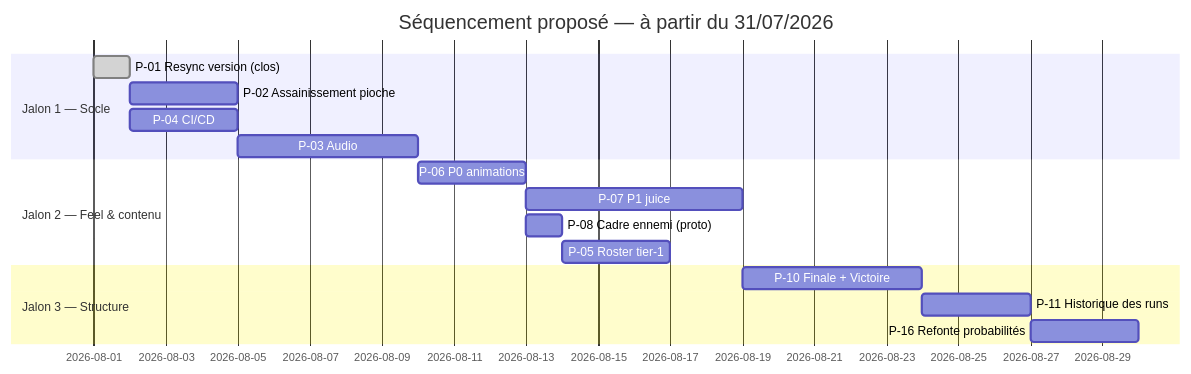
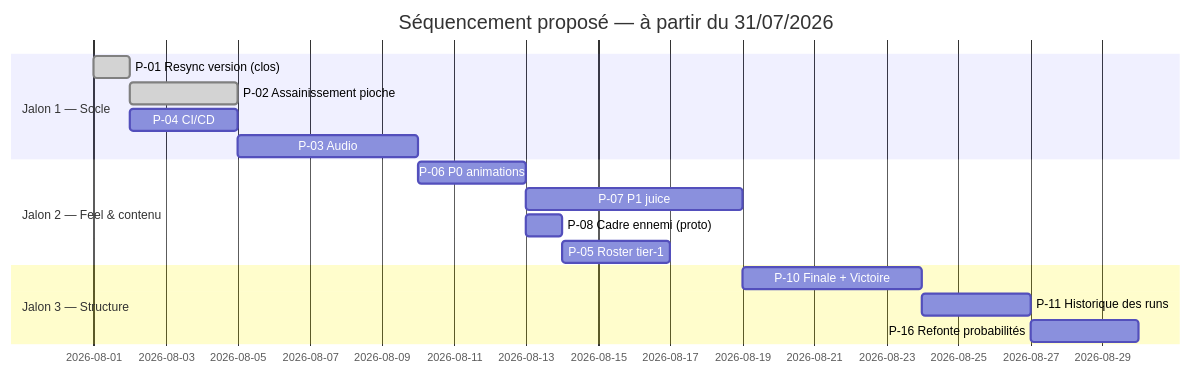
One commit to Hex-Umbra/hero-s-draft changed the third of 3 diagrams in docs/ROADMAP.md. Above: the diagram before and after it, drawn with Mermaid. The commit also changed other lines of this file and 9 other files, not shown here.

First line of the commit message:
docs(P-02): synchronisation du memory bank apres l'assainissement de la pioche

````diff
--- a/docs/ROADMAP.md
+++ b/docs/ROADMAP.md
@@ -281,19 +298,19 @@
 ```mermaid
 gantt
     title Séquencement proposé — à partir du 31/07/2026
     dateFormat YYYY-MM-DD
     section Jalon 1 — Socle
     P-01 Resync version (clos)    :done, j1a, 2026-08-01, 1d
-    P-02 Assainissement pioche    :j1b, after j1a, 3d
+    P-02 Assainissement pioche    :done, j1b, after j1a, 3d
     P-04 CI/CD                    :j1c, after j1a, 3d
     P-03 Audio                    :j1d, after j1b, 5d
     section Jalon 2 — Feel & contenu
     P-06 P0 animations            :j2a, after j1d, 3d
     P-07 P1 juice                 :j2b, after j2a, 6d
     P-08 Cadre ennemi (proto)     :j2c, after j2a, 1d
     P-05 Roster tier-1            :j2d, after j2c, 3d
     section Jalon 3 — Structure
     P-10 Finale + Victoire        :j3a, after j2b, 5d
     P-11 Historique des runs      :j3b, after j3a, 3d
     P-16 Refonte probabilités     :j3c, after j3b, 3d
 ```
````
